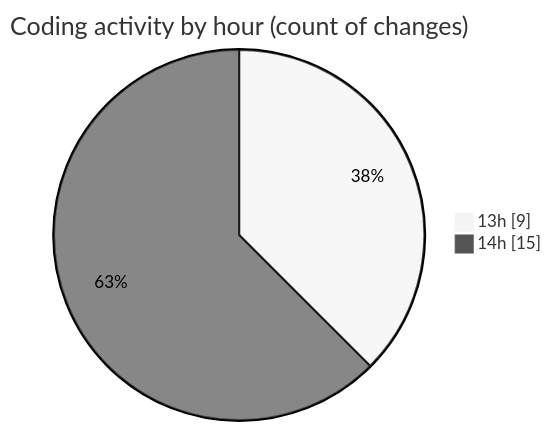
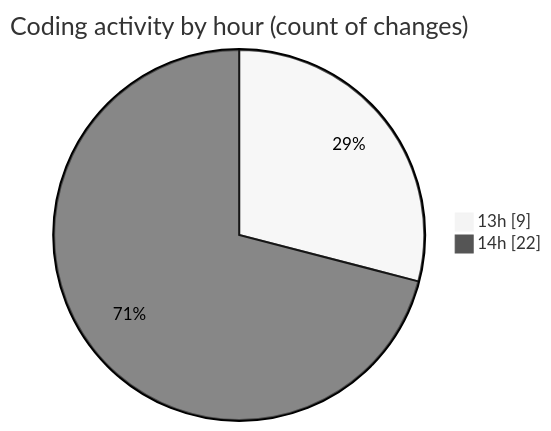
One commit to lephambinh05/code-tracking changed the second of 2 diagrams in 2025-08-18/nextui-dashboard-template/README.md. Above: the diagram before and after it, drawn with Mermaid (neutral theme). The commit also changed other lines of this file and 1 other file, not shown here.

````diff
--- a/2025-08-18/nextui-dashboard-template/README.md
+++ b/2025-08-18/nextui-dashboard-template/README.md
@@ -34,6 +36,6 @@
 ```mermaid
 pie showData
 title Coding activity by hour (count of changes)
 "13h" : 9
-"14h" : 15
+"14h" : 22
 ```
````
